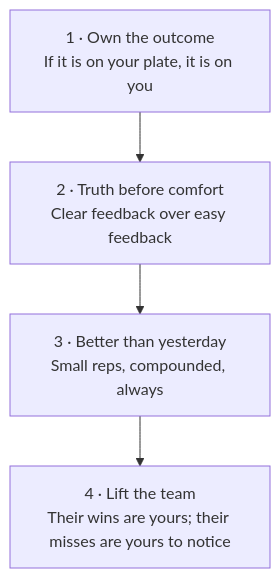
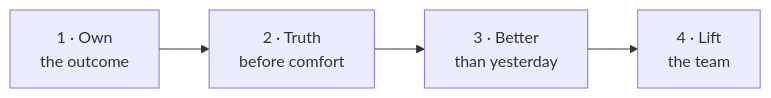
One commit to leotansingapore/aia-product-compass-hub changed the second of 2 diagrams in docs/first-60-days/week-1/day-01.md. Above: the diagram before and after it, drawn with Mermaid. The commit also changed 3 other files, not shown here.

Commit message:
Mermaid charts now render at calmer proportions, with the worst Day 1, 2, and 7 charts trimmed to short labels

````diff
--- a/docs/first-60-days/week-1/day-01.md
+++ b/docs/first-60-days/week-1/day-01.md
@@ -125,8 +125,4 @@
 ```mermaid
-flowchart TD
-    V1["1 · Own the outcome<br/>If it is on your plate, it is on you"]
-    V2["2 · Truth before comfort<br/>Clear feedback over easy feedback"]
-    V3["3 · Better than yesterday<br/>Small reps, compounded, always"]
-    V4["4 · Lift the team<br/>Their wins are yours; their misses are yours to notice"]
-    V1 --> V2 --> V3 --> V4
+flowchart LR
+    V1["1 · Own<br/>the outcome"] --> V2["2 · Truth<br/>before comfort"] --> V3["3 · Better<br/>than yesterday"] --> V4["4 · Lift<br/>the team"]
 ```
````
